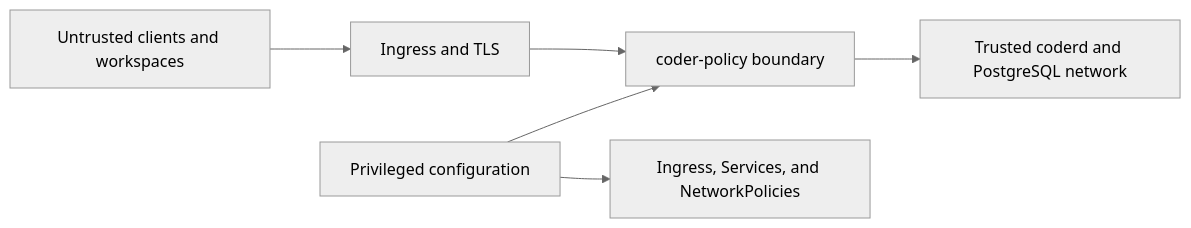
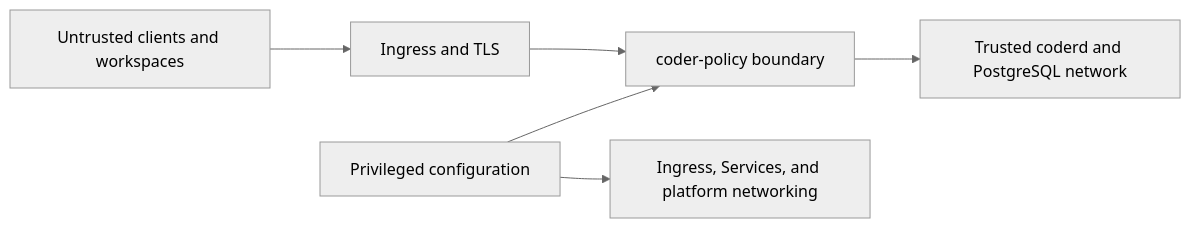
Before and after one commit to thomas-illiet/coder-rbac: the diagram in docs/security.md, drawn with Mermaid (neutral theme). The commit also changed other lines of this file and 29 other files, not shown here.

````diff
--- a/docs/security.md
+++ b/docs/security.md
@@ -60,8 +60,8 @@
 ```mermaid
 flowchart LR
     Untrusted["Untrusted clients and workspaces"] --> TLS["Ingress and TLS"]
     TLS --> Proxy["coder-policy boundary"]
     Proxy --> Trusted["Trusted coderd and PostgreSQL network"]
     Admin["Privileged configuration"] --> Proxy
-    Admin --> Network["Ingress, Services, and NetworkPolicies"]
+    Admin --> Network["Ingress, Services, and platform networking"]
 ```
````
